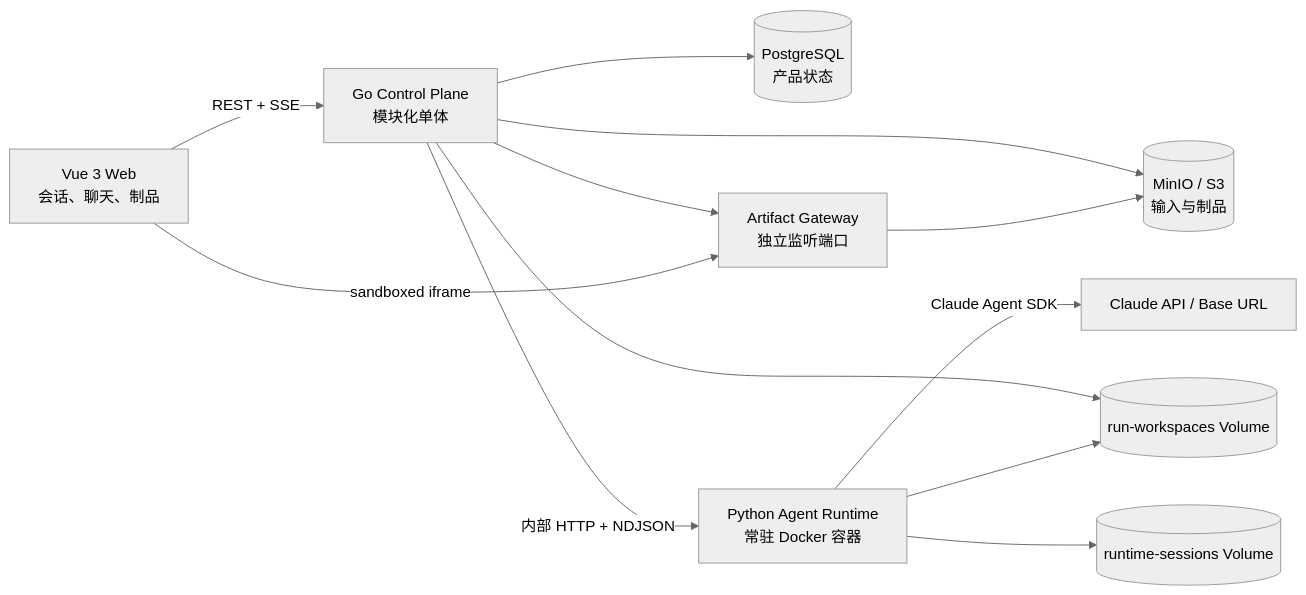
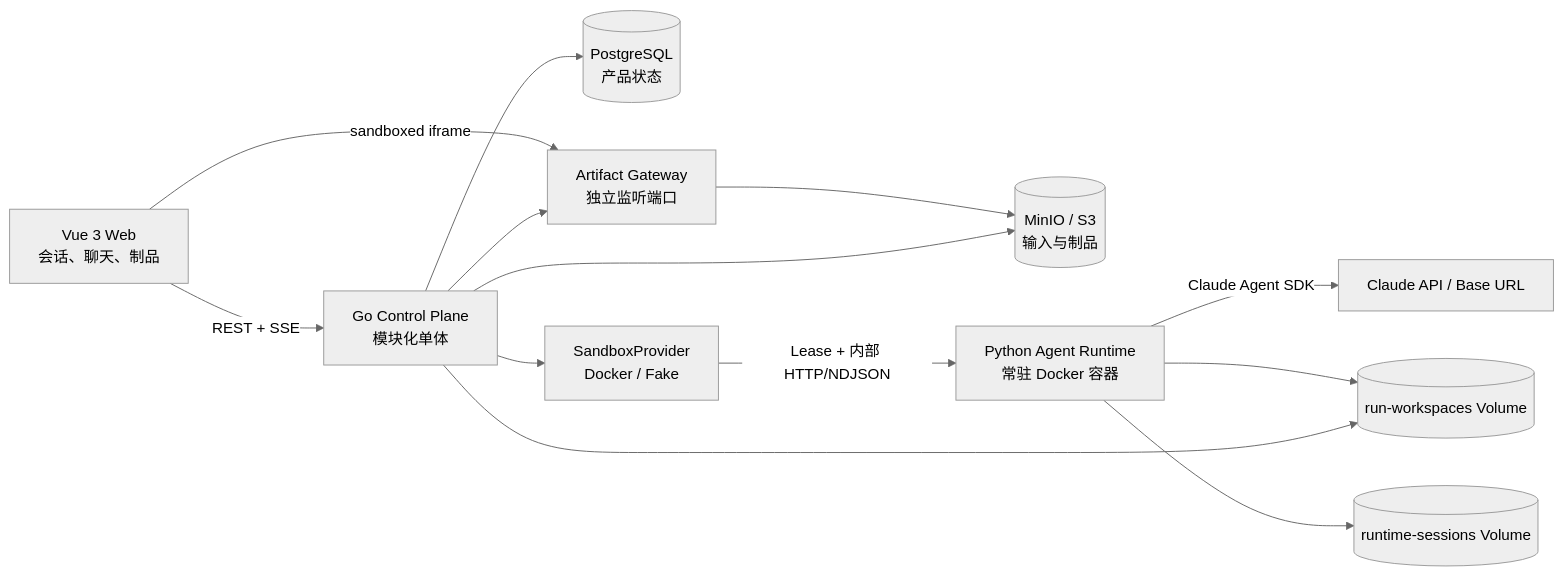
Before and after one commit to Sesame2/harness-forge: the diagram in docs/superpowers/specs/2026-07-19-harness-forge-design.zh-CN.md, drawn with Mermaid (neutral theme). The commit also changed other lines of this file and 2 other files, not shown here.

Commit message:
docs: plan sandbox provider evolution

````diff
--- a/docs/superpowers/specs/2026-07-19-harness-forge-design.zh-CN.md
+++ b/docs/superpowers/specs/2026-07-19-harness-forge-design.zh-CN.md
@@ -101,14 +107,15 @@
 ```mermaid
 flowchart LR
     UI["Vue 3 Web<br/>会话、聊天、制品"] -->|"REST + SSE"| CP["Go Control Plane<br/>模块化单体"]
     CP --> PG[("PostgreSQL<br/>产品状态")]
     CP --> S3[("MinIO / S3<br/>输入与制品")]
-    CP -->|"内部 HTTP + NDJSON"| RT["Python Agent Runtime<br/>常驻 Docker 容器"]
+    CP --> SP["SandboxProvider<br/>Docker / Fake"]
+    SP -->|"Lease + 内部 HTTP/NDJSON"| RT["Python Agent Runtime<br/>常驻 Docker 容器"]
     RT -->|"Claude Agent SDK"| CL["Claude API / Base URL"]
     CP --> WV[("run-workspaces Volume")]
     RT --> WV
     RT --> SV[("runtime-sessions Volume")]
     CP --> AG["Artifact Gateway<br/>独立监听端口"]
     AG --> S3
     UI -->|"sandboxed iframe"| AG
 ```
````
